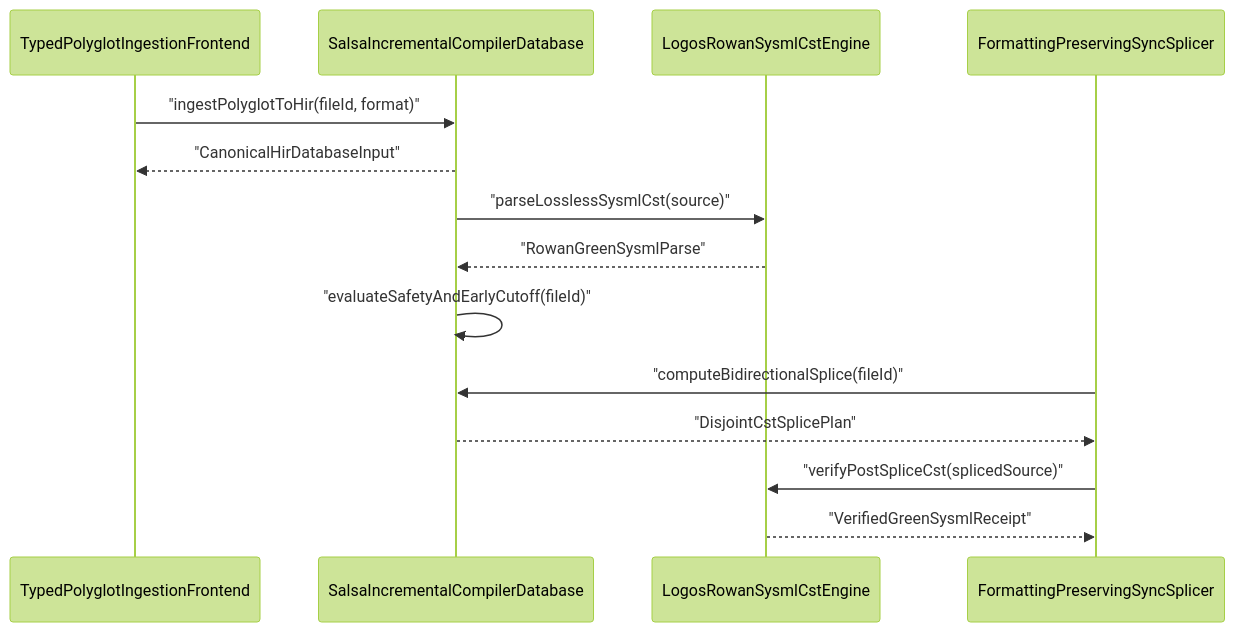
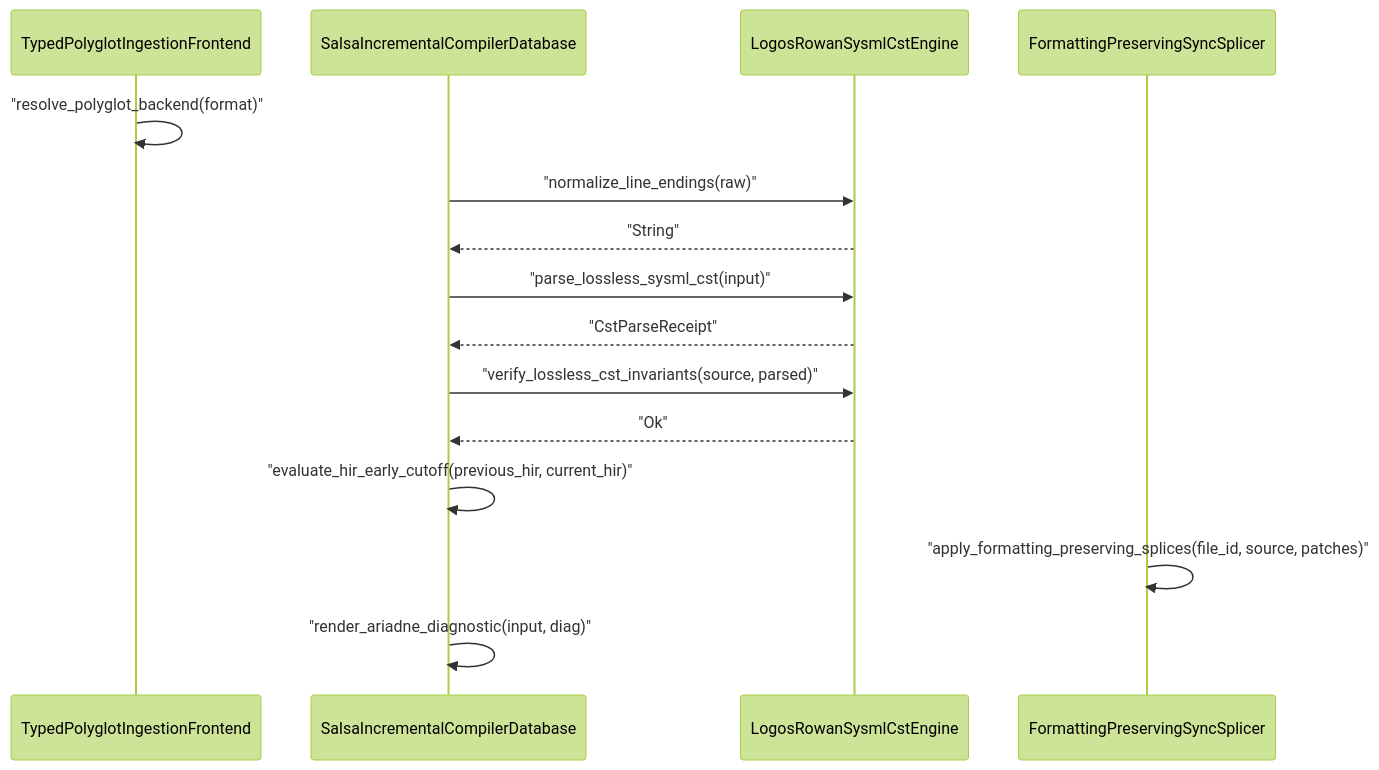
One commit to gintatkinson/DEAP01-spec-core changed the fourth of 4 diagrams in docs/designs/blueprint-10-rowan-salsa-incremental-sysml-compiler.md. Above: the diagram before and after it, drawn with Mermaid (forest theme). The commit also changed other lines of this file and 2 other files, not shown here.

Commit message:
docs(blueprints): refactor BP-10 onto rowan, salsa, ariadne, and polyglot CSTs

````diff
--- a/docs/designs/blueprint-10-rowan-salsa-incremental-sysml-compiler.md
+++ b/docs/designs/blueprint-10-rowan-salsa-incremental-sysml-compiler.md
@@ -162,17 +188,18 @@
 ```mermaid
 sequenceDiagram
     participant TypedPolyglotIngestionFrontend
     participant SalsaIncrementalCompilerDatabase
     participant LogosRowanSysmlCstEngine
     participant FormattingPreservingSyncSplicer
 
-    TypedPolyglotIngestionFrontend->>SalsaIncrementalCompilerDatabase: "ingestPolyglotToHir(fileId, format)"
-    SalsaIncrementalCompilerDatabase-->>TypedPolyglotIngestionFrontend: "CanonicalHirDatabaseInput"
-    SalsaIncrementalCompilerDatabase->>LogosRowanSysmlCstEngine: "parseLosslessSysmlCst(source)"
-    LogosRowanSysmlCstEngine-->>SalsaIncrementalCompilerDatabase: "RowanGreenSysmlParse"
-    SalsaIncrementalCompilerDatabase->>SalsaIncrementalCompilerDatabase: "evaluateSafetyAndEarlyCutoff(fileId)"
-    FormattingPreservingSyncSplicer->>SalsaIncrementalCompilerDatabase: "computeBidirectionalSplice(fileId)"
-    SalsaIncrementalCompilerDatabase-->>FormattingPreservingSyncSplicer: "DisjointCstSplicePlan"
-    FormattingPreservingSyncSplicer->>LogosRowanSysmlCstEngine: "verifyPostSpliceCst(splicedSource)"
-    LogosRowanSysmlCstEngine-->>FormattingPreservingSyncSplicer: "VerifiedGreenSysmlReceipt"
+    TypedPolyglotIngestionFrontend->>TypedPolyglotIngestionFrontend: "resolve_polyglot_backend(format)"
+    SalsaIncrementalCompilerDatabase->>LogosRowanSysmlCstEngine: "normalize_line_endings(raw)"
+    LogosRowanSysmlCstEngine-->>SalsaIncrementalCompilerDatabase: "String"
+    SalsaIncrementalCompilerDatabase->>LogosRowanSysmlCstEngine: "parse_lossless_sysml_cst(input)"
+    LogosRowanSysmlCstEngine-->>SalsaIncrementalCompilerDatabase: "CstParseReceipt"
+    SalsaIncrementalCompilerDatabase->>LogosRowanSysmlCstEngine: "verify_lossless_cst_invariants(source, parsed)"
+    LogosRowanSysmlCstEngine-->>SalsaIncrementalCompilerDatabase: "Ok"
+    SalsaIncrementalCompilerDatabase->>SalsaIncrementalCompilerDatabase: "evaluate_hir_early_cutoff(previous_hir, current_hir)"
+    FormattingPreservingSyncSplicer->>FormattingPreservingSyncSplicer: "apply_formatting_preserving_splices(file_id, source, patches)"
+    SalsaIncrementalCompilerDatabase->>SalsaIncrementalCompilerDatabase: "render_ariadne_diagnostic(input, diag)"
 ```
````
